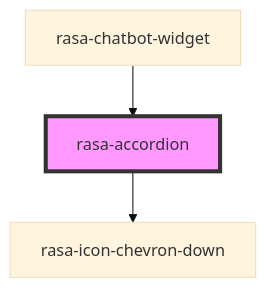
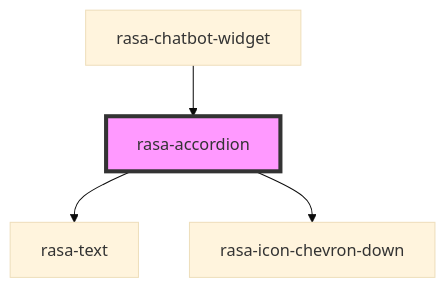
One commit to RasaHQ/chat-widget changed the diagram in packages/ui/src/components/accordion/readme.md. Above: the diagram before and after it, drawn with Mermaid (base theme). The commit also changed other lines of this file and 13 other files, not shown here.

````diff
--- a/packages/ui/src/components/accordion/readme.md
+++ b/packages/ui/src/components/accordion/readme.md
@@ -26,6 +27,7 @@
 ```mermaid
 graph TD;
+  rasa-accordion --> rasa-text
   rasa-accordion --> rasa-icon-chevron-down
   rasa-chatbot-widget --> rasa-accordion
   style rasa-accordion fill:#f9f,stroke:#333,stroke-width:4px
 ```
````
